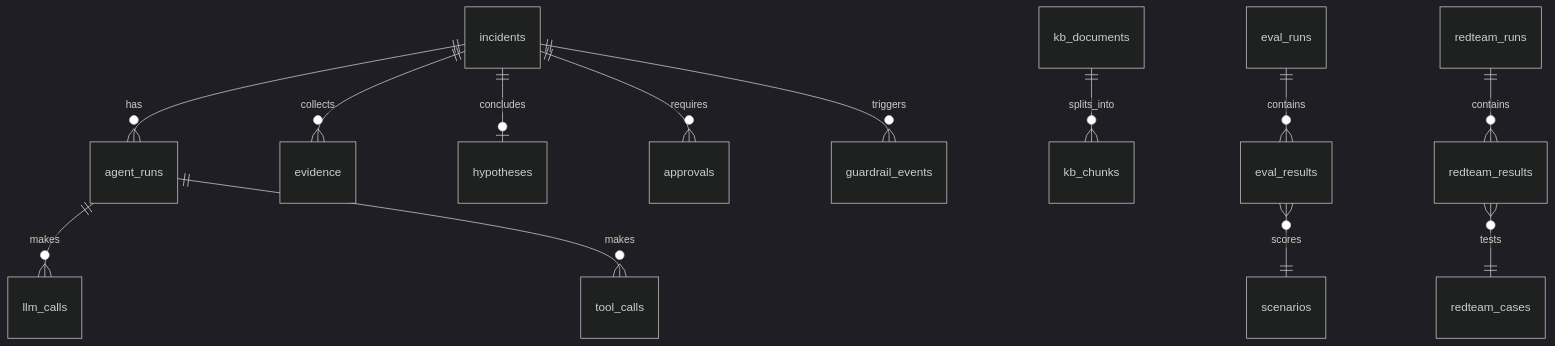
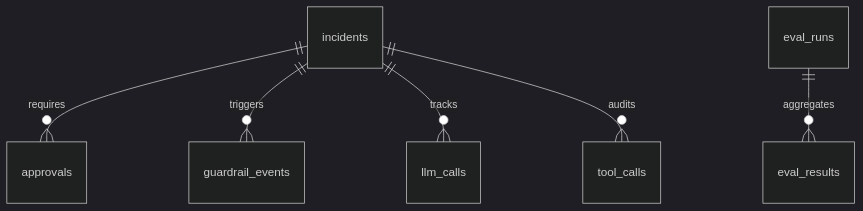
One commit to MayankV004/incidentiq changed the diagram in docs/04_DATABASE_DESIGN.md. Above: the diagram before and after it, drawn with Mermaid (dark theme). The commit also changed other lines of this file and 10 other files, not shown here.

````diff
--- a/docs/04_DATABASE_DESIGN.md
+++ b/docs/04_DATABASE_DESIGN.md
@@ -7,15 +13,8 @@
 ```mermaid
 erDiagram
-  incidents ||--o{ agent_runs : has
-  incidents ||--o{ evidence : collects
-  incidents ||--o| hypotheses : concludes
   incidents ||--o{ approvals : requires
   incidents ||--o{ guardrail_events : triggers
-  agent_runs ||--o{ llm_calls : makes
-  agent_runs ||--o{ tool_calls : makes
-  kb_documents ||--o{ kb_chunks : splits_into
-  eval_runs ||--o{ eval_results : contains
-  eval_results }o--|| scenarios : scores
-  redteam_runs ||--o{ redteam_results : contains
-  redteam_results }o--|| redteam_cases : tests
+  incidents ||--o{ llm_calls : tracks
+  incidents ||--o{ tool_calls : audits
+  eval_runs ||--o{ eval_results : aggregates
 ```
````
